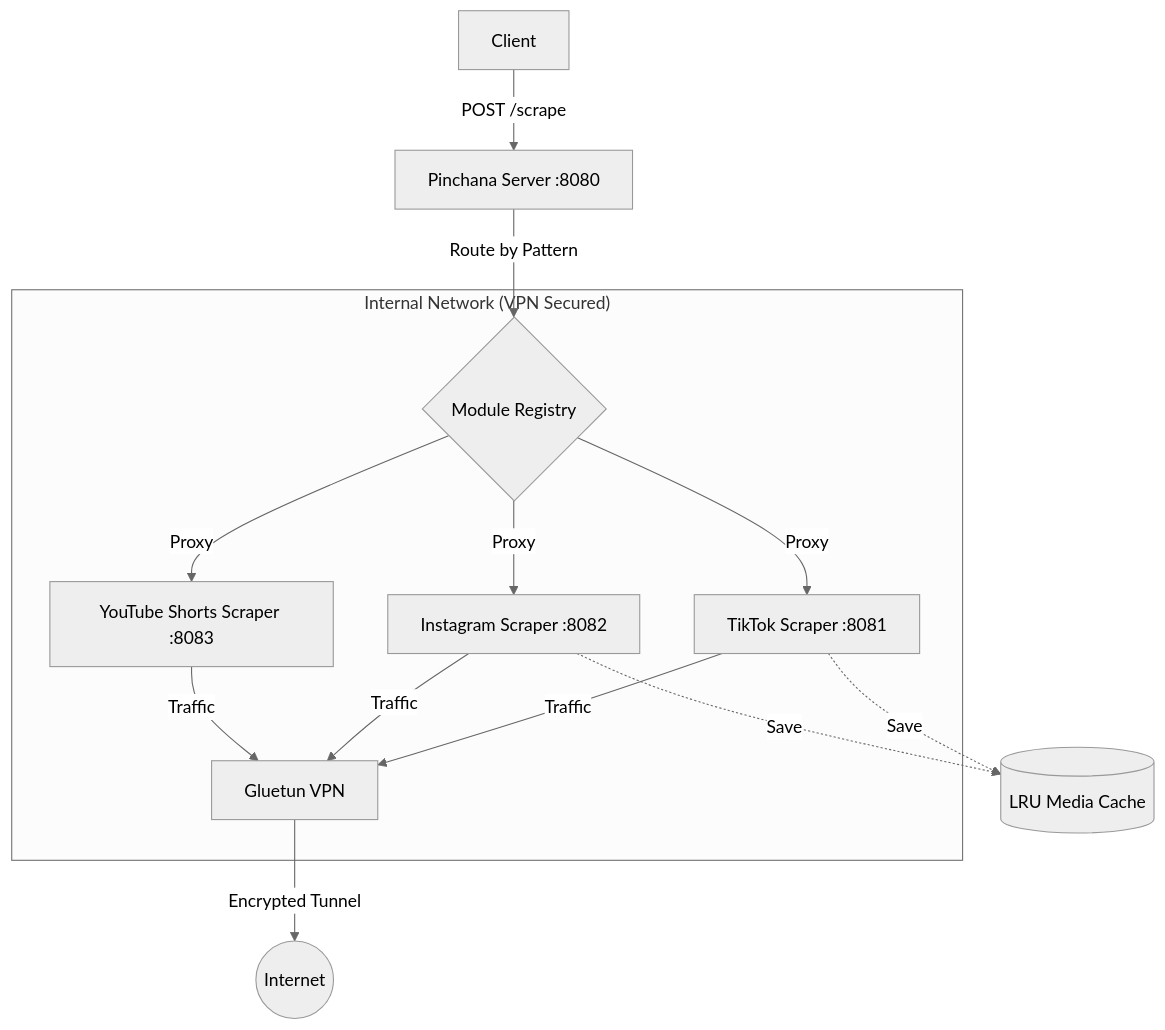
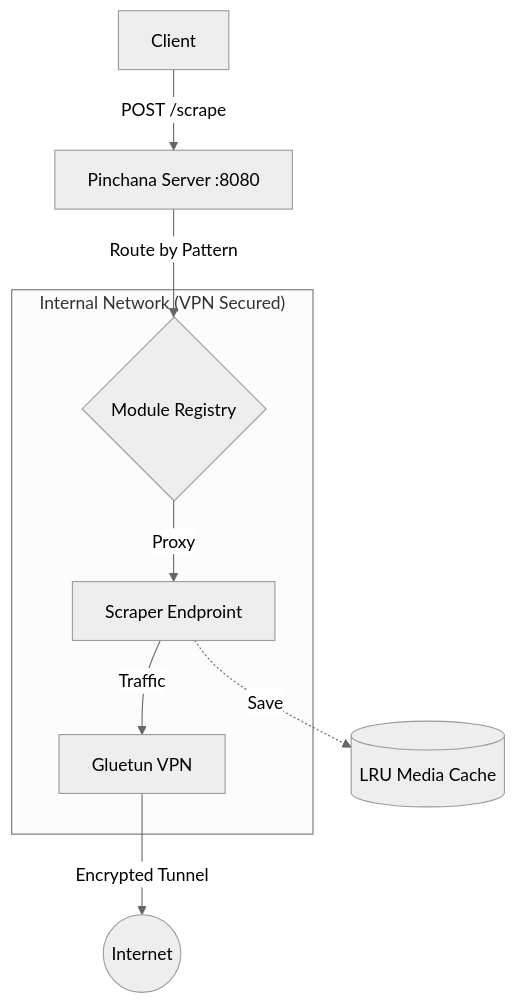
One commit to Pinchana/pinchana-api changed the diagram in README.md. Above: the diagram before and after it, drawn with Mermaid (neutral theme).

Commit message:
Revise internal network diagram in README
Updated the internal network diagram in README.md to replace individual scrapers with a unified Scraper endpoint and adjusted traffic flow descriptions.

````diff
--- a/README.md
+++ b/README.md
@@ -40,20 +40,15 @@
 ```mermaid
 graph TD
     Client[Client] -->|POST /scrape| Gateway[Pinchana Server :8080]
     Gateway -->|Route by Pattern| Modules{Module Registry}
     
     subgraph "Internal Network (VPN Secured)"
-        Modules -->|Proxy| TikTok[TikTok Scraper :8081]
-        Modules -->|Proxy| Instagram[Instagram Scraper :8082]
-        Modules -->|Proxy| Shorts[YouTube Shorts Scraper :8083]
+        Modules -->|Proxy| Scraper[Scraper Endproint]
         
-        TikTok -->|Traffic| Gluetun[Gluetun VPN]
-        Instagram -->|Traffic| Gluetun
-        Shorts -->|Traffic| Gluetun
+        Scraper -->|Traffic| Gluetun[Gluetun VPN]
     end
     
     Gluetun -->|Encrypted Tunnel| Internet((Internet))
     
-    TikTok -.->|Save| Cache[(LRU Media Cache)]
-    Instagram -.->|Save| Cache
+    Scraper -.->|Save| Cache[(LRU Media Cache)]
 ```
````
